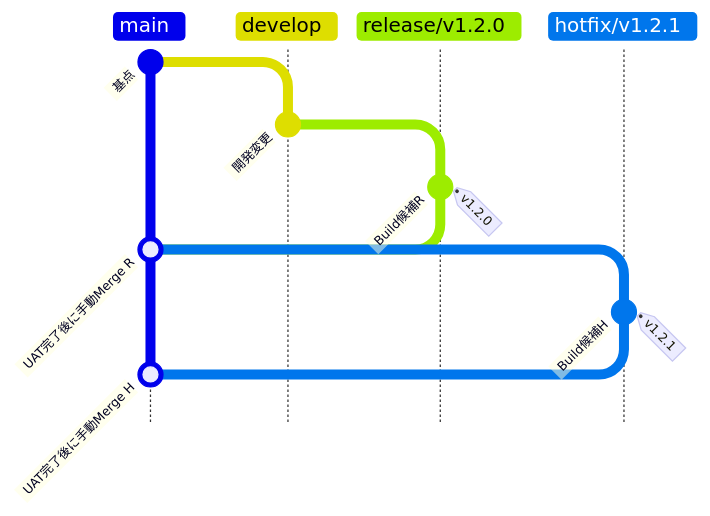
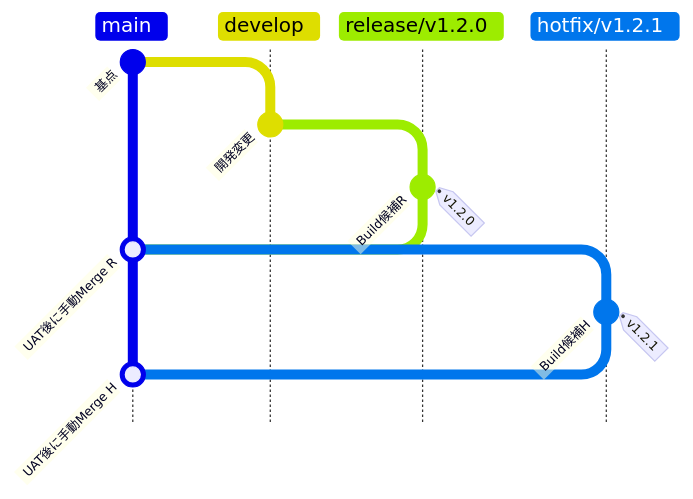
Before and after one commit to ShimaBell0619/cicd-demo: the first of 4 diagrams in docs/方式設計書/CI_CD_方式設計書.md, drawn with Mermaid. The commit also changed other lines of this file, not shown here.

````diff
--- a/docs/方式設計書/CI_CD_方式設計書.md
+++ b/docs/方式設計書/CI_CD_方式設計書.md
@@ -52,14 +128,14 @@
 ```mermaid
 gitGraph TB:
     commit id: "基点"
     branch develop
     commit id: "開発変更"
     branch "release/v1.2.0"
     commit id: "Build候補R" tag: "v1.2.0"
     checkout main
-    merge "release/v1.2.0" id: "UAT完了後に手動Merge R"
+    merge "release/v1.2.0" id: "UAT後に手動Merge R"
     branch "hotfix/v1.2.1"
     commit id: "Build候補H" tag: "v1.2.1"
     checkout main
-    merge "hotfix/v1.2.1" id: "UAT完了後に手動Merge H"
+    merge "hotfix/v1.2.1" id: "UAT後に手動Merge H"
 ```
````
